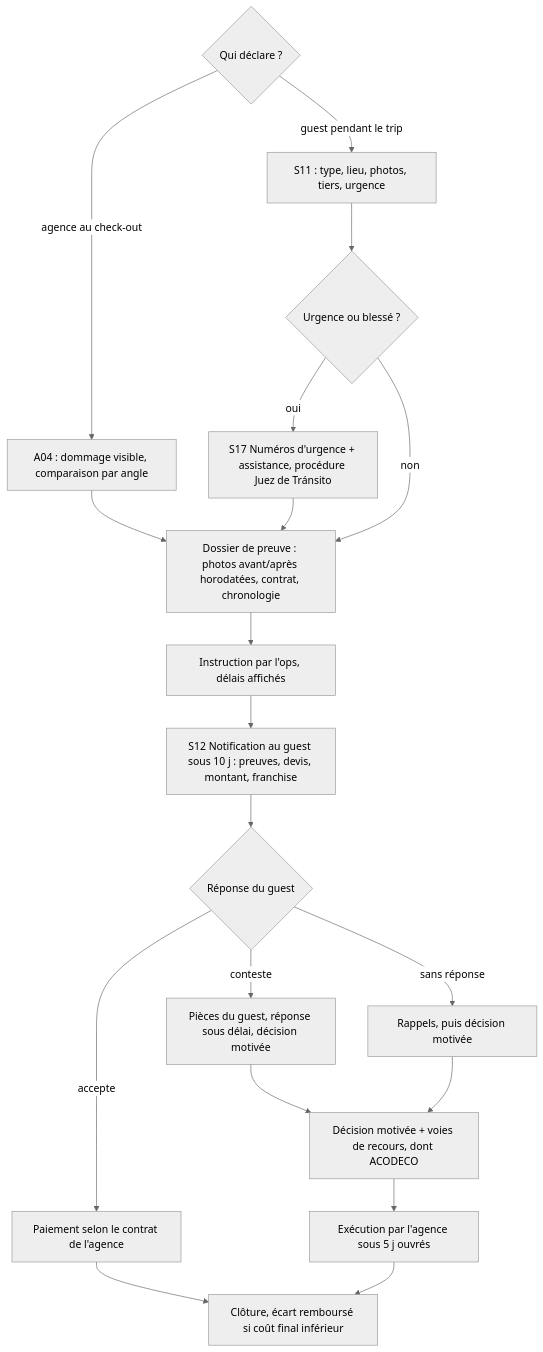
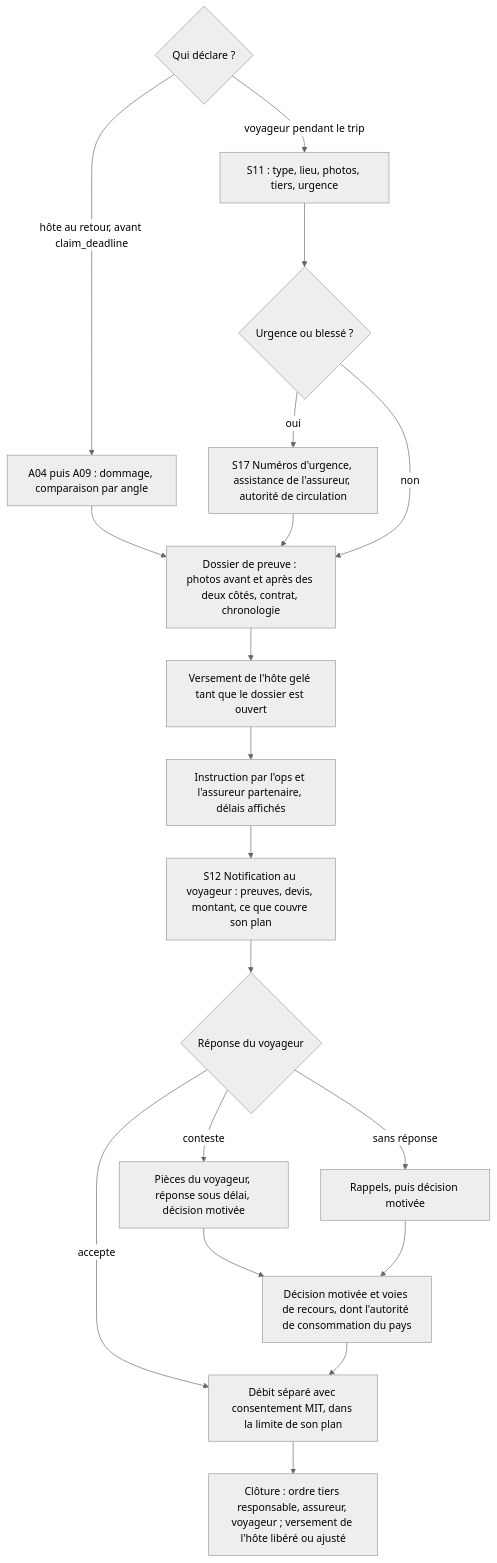
Before and after one commit to Noamgitpty/rueda: the seventh of 10 diagrams in docs/specs/10b_UX_UI_ANALYSIS.md, drawn with Mermaid (neutral theme). The commit also changed other lines of this file and 2 other files, not shown here.

````diff
--- a/docs/specs/10b_UX_UI_ANALYSIS.md
+++ b/docs/specs/10b_UX_UI_ANALYSIS.md
@@ -657,21 +683,21 @@
 ```mermaid
 flowchart TD
-  A{"Qui déclare ?"} -->|agence au check-out| B["A04 : dommage visible, comparaison par angle"]
-  A -->|guest pendant le trip| C["S11 : type, lieu, photos, tiers, urgence"]
+  A{"Qui déclare ?"} -->|hôte au retour, avant claim_deadline| B["A04 puis A09 : dommage, comparaison par angle"]
+  A -->|voyageur pendant le trip| C["S11 : type, lieu, photos, tiers, urgence"]
   C --> C1{"Urgence ou blessé ?"}
-  C1 -->|oui| C2["S17 Numéros d'urgence + assistance, procédure Juez de Tránsito"]
+  C1 -->|oui| C2["S17 Numéros d'urgence, assistance de l'assureur, autorité de circulation"]
   C1 -->|non| D
-  B --> D["Dossier de preuve : photos avant/après horodatées, contrat, chronologie"]
+  B --> D["Dossier de preuve : photos avant et après des deux côtés, contrat, chronologie"]
   C2 --> D
-  D --> E["Instruction par l'ops, délais affichés"]
-  E --> F["S12 Notification au guest sous 10 j : preuves, devis, montant, franchise"]
-  F --> G{"Réponse du guest"}
-  G -->|accepte| H["Paiement selon le contrat de l'agence"]
-  G -->|conteste| I["Pièces du guest, réponse sous délai, décision motivée"]
+  D --> D1["Versement de l'hôte gelé tant que le dossier est ouvert"]
+  D1 --> E["Instruction par l'ops et l'assureur partenaire, délais affichés"]
+  E --> F["S12 Notification au voyageur : preuves, devis, montant, ce que couvre son plan"]
+  F --> G{"Réponse du voyageur"}
+  G -->|accepte| H["Débit séparé avec consentement MIT, dans la limite de son plan"]
+  G -->|conteste| I["Pièces du voyageur, réponse sous délai, décision motivée"]
   G -->|sans réponse| J["Rappels, puis décision motivée"]
-  I --> K["Décision motivée + voies de recours, dont ACODECO"]
+  I --> K["Décision motivée et voies de recours, dont l'autorité de consommation du pays"]
   J --> K
-  K --> L["Exécution par l'agence sous 5 j ouvrés"]
-  H --> M["Clôture, écart remboursé si coût final inférieur"]
-  L --> M
+  K --> H
+  H --> M["Clôture : ordre tiers responsable, assureur, voyageur ; versement de l'hôte libéré ou ajusté"]
 ```
````
